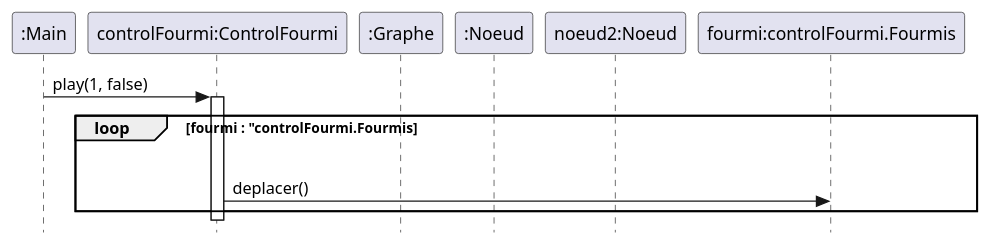
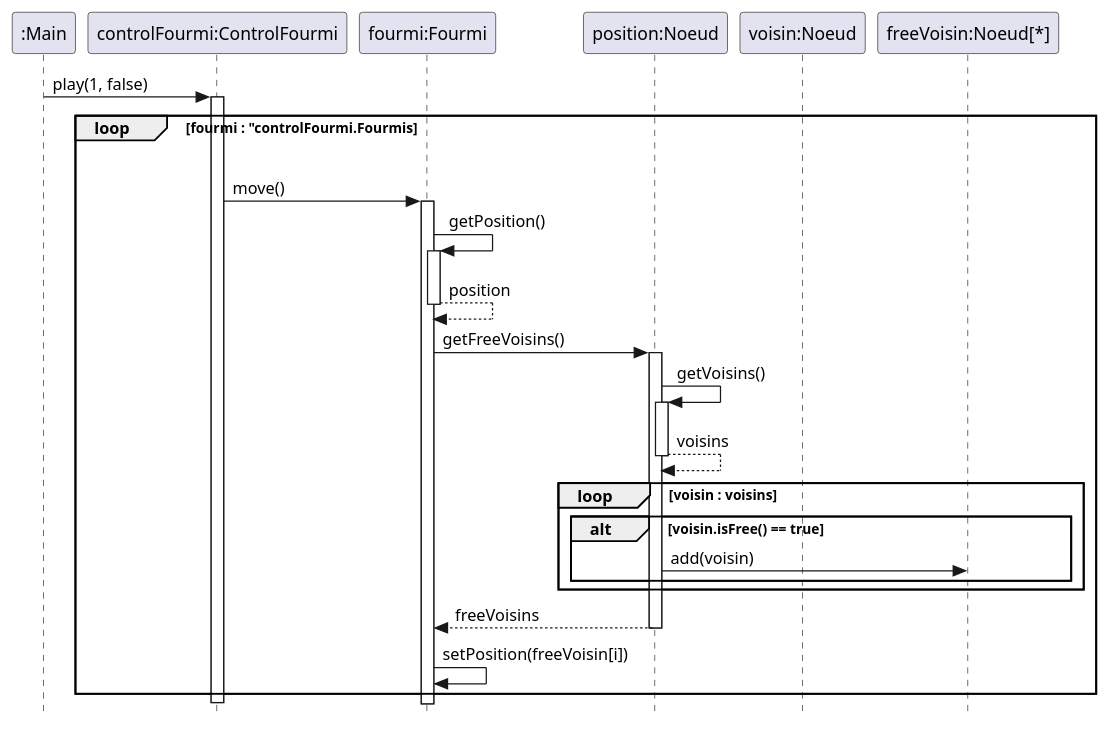
One commit to ErenMustafaGit/ColonieFourmis changed the diagram in Code/uml/Fourmis_DS.puml. Above: the diagram before and after it, drawn with PlantUML.

Commit message:
Fourmis_DS: détail du déplacement de chaque fourmis dans les noeuds disponibles

```diff
--- a/Code/uml/Fourmis_DS.puml
+++ b/Code/uml/Fourmis_DS.puml
@@ -1,26 +1,40 @@
 @startuml
 'https://plantuml.com/sequence-diagram
 skinparam style strictuml
 'autonumber
 hide footbox
 
 'title Méthode jouer()
 participant ":Main" as main
 participant "controlFourmi:ControlFourmi" as controlFourmi
-participant ":Graphe" as graphe
-participant ":Noeud" as noeud
-participant "noeud2:Noeud" as noeud2
-participant "fourmi:controlFourmi.Fourmis" as fourmi
+participant "fourmi:Fourmi" as fourmi
+'participant ":Graphe" as graphe
+participant "position:Noeud" as position
+participant "voisin:Noeud" as voisin
+participant "freeVoisin:Noeud[*]" as freeVoisins
 
 main -> controlFourmi ++ : play(1, false)
     loop fourmi : "controlFourmi.Fourmis
     |||
-        controlFourmi -> fourmi : deplacer()
+        controlFourmi -> fourmi ++ : move()
+        fourmi -> fourmi  ++ : getPosition()
+        return position
+
+        fourmi -> position ++ : getFreeVoisins()
+            position -> position ++ : getVoisins()
+            return voisins
+            loop voisin : voisins
+                alt voisin.isFree() == true
+                    position -> freeVoisins : add(voisin)
+                end
+            end
+        return freeVoisins
+        fourmi -> fourmi : setPosition(freeVoisin[i])
+
     end
 
 deactivate controlFourmi
 
 
 
-
 @enduml
```
